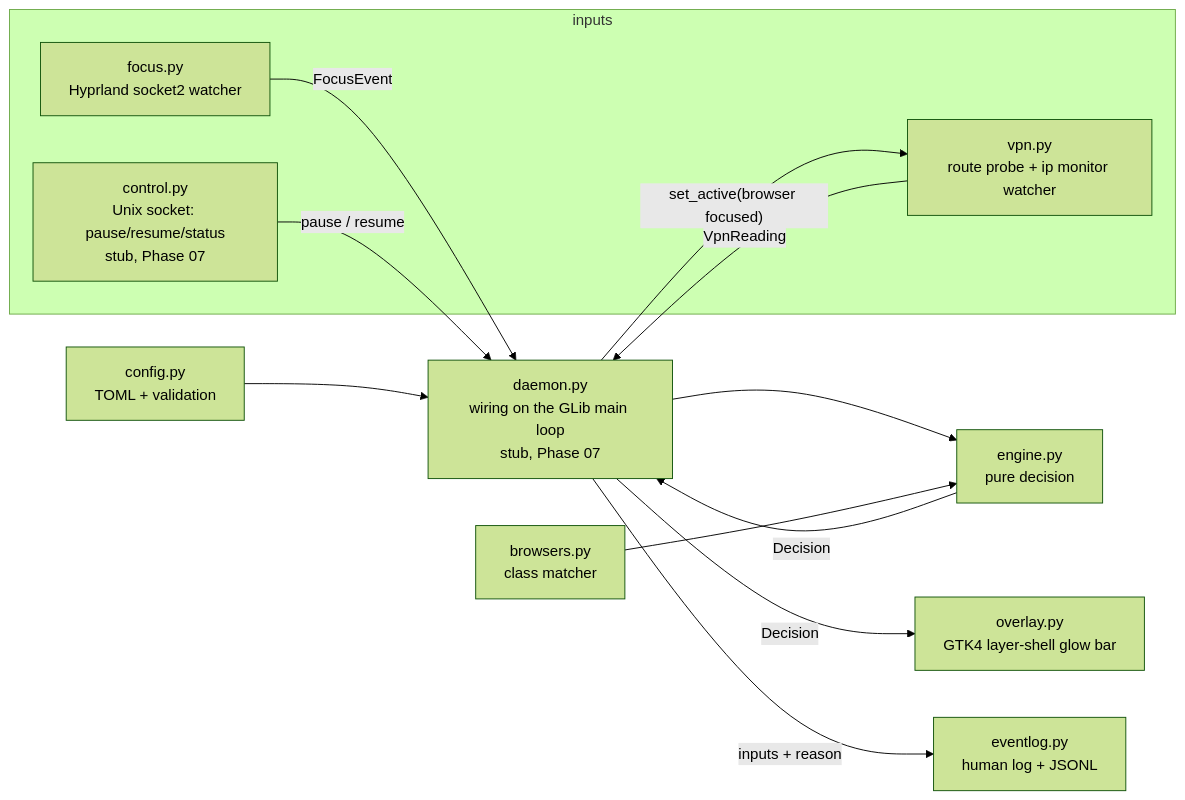
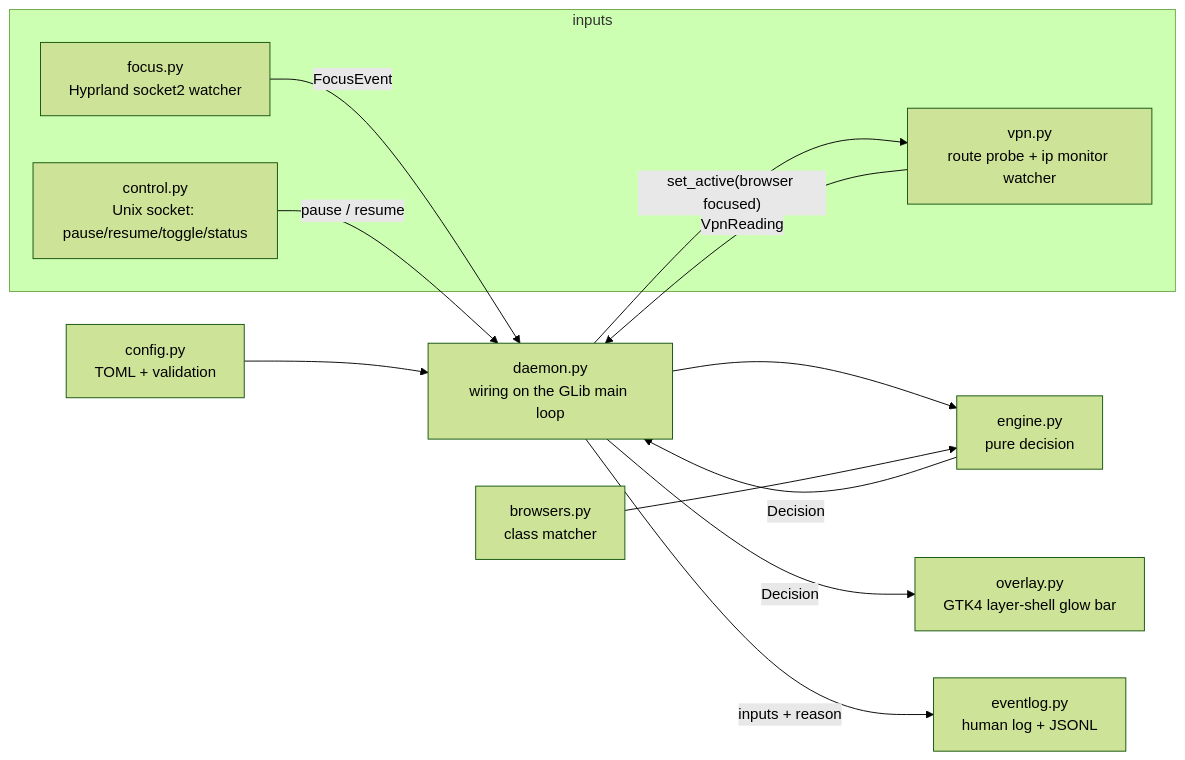
One commit to antonizick/VPNMonitor changed the diagram in docs/VPM_ARCHITECTURE.md. Above: the diagram before and after it, drawn with Mermaid (forest theme). The commit also changed other lines of this file and 12 other files, not shown here.

Commit message:
feat(cli): soft audio cue on pause and resume; docs for phase 07

````diff
--- a/docs/VPM_ARCHITECTURE.md
+++ b/docs/VPM_ARCHITECTURE.md
@@ -7,25 +7,25 @@
 ```mermaid
 flowchart LR
     subgraph inputs
         F[focus.py<br/>Hyprland socket2 watcher]
         V[vpn.py<br/>route probe + ip monitor watcher]
-        C[control.py<br/>Unix socket: pause/resume/status<br/>stub, Phase 07]
+        C[control.py<br/>Unix socket: pause/resume/toggle/status]
     end
     E[engine.py<br/>pure decision]
     O[overlay.py<br/>GTK4 layer-shell glow bar]
     L[eventlog.py<br/>human log + JSONL]
-    D[daemon.py<br/>wiring on the GLib main loop<br/>stub, Phase 07]
+    D[daemon.py<br/>wiring on the GLib main loop]
     B[browsers.py<br/>class matcher]
     CFG[config.py<br/>TOML + validation]
 
     F -- FocusEvent --> D
     V -- VpnReading --> D
     C -- pause / resume --> D
     D --> E
     B --> E
     CFG --> D
     E -- Decision --> D
     D -- Decision --> O
     D -- inputs + reason --> L
     D -- set_active(browser focused) --> V
 ```
````
